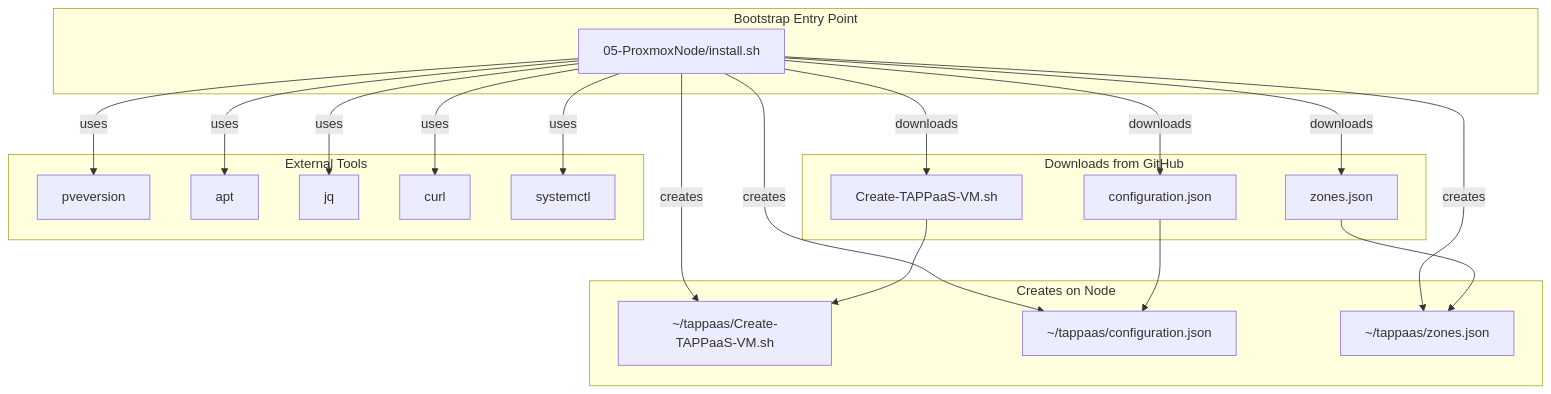
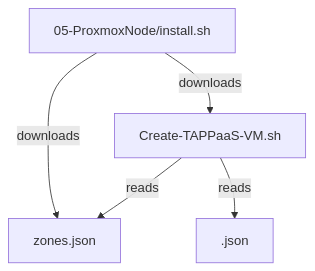
Before and after one commit to TAPPaaS/TAPPaaS: the first of 8 diagrams in src/foundation/DEPENDENCIES.md, drawn with Mermaid. The commit also changed other lines of this file and 50 other files, not shown here.

````diff
--- a/src/foundation/DEPENDENCIES.md
+++ b/src/foundation/DEPENDENCIES.md
@@ -64,42 +61,8 @@
 ```mermaid
 graph TD
-    subgraph "Bootstrap Entry Point"
-        A[05-ProxmoxNode/install.sh]
-    end
+    A[05-ProxmoxNode/install.sh] -->|downloads| B[Create-TAPPaaS-VM.sh]
+    A -->|downloads| D[zones.json]
 
-    subgraph "Downloads from GitHub"
-        B[Create-TAPPaaS-VM.sh]
-        C[configuration.json]
-        D[zones.json]
-    end
-
-    subgraph "External Tools"
-        E[pveversion]
-        F[apt]
-        G[jq]
-        H[curl]
-        I[systemctl]
-    end
-
-    subgraph "Creates on Node"
-        J[~/tappaas/Create-TAPPaaS-VM.sh]
-        K[~/tappaas/configuration.json]
-        L[~/tappaas/zones.json]
-    end
-
-    A -->|downloads| B
-    A -->|downloads| C
-    A -->|downloads| D
-    A -->|uses| E
-    A -->|uses| F
-    A -->|uses| G
-    A -->|uses| H
-    A -->|uses| I
-    A -->|creates| J
-    A -->|creates| K
-    A -->|creates| L
-
-    B --> J
-    C --> K
-    D --> L
+    B -->|reads| D
+    B -->|reads| E["<module>.json"]
 ```
````
